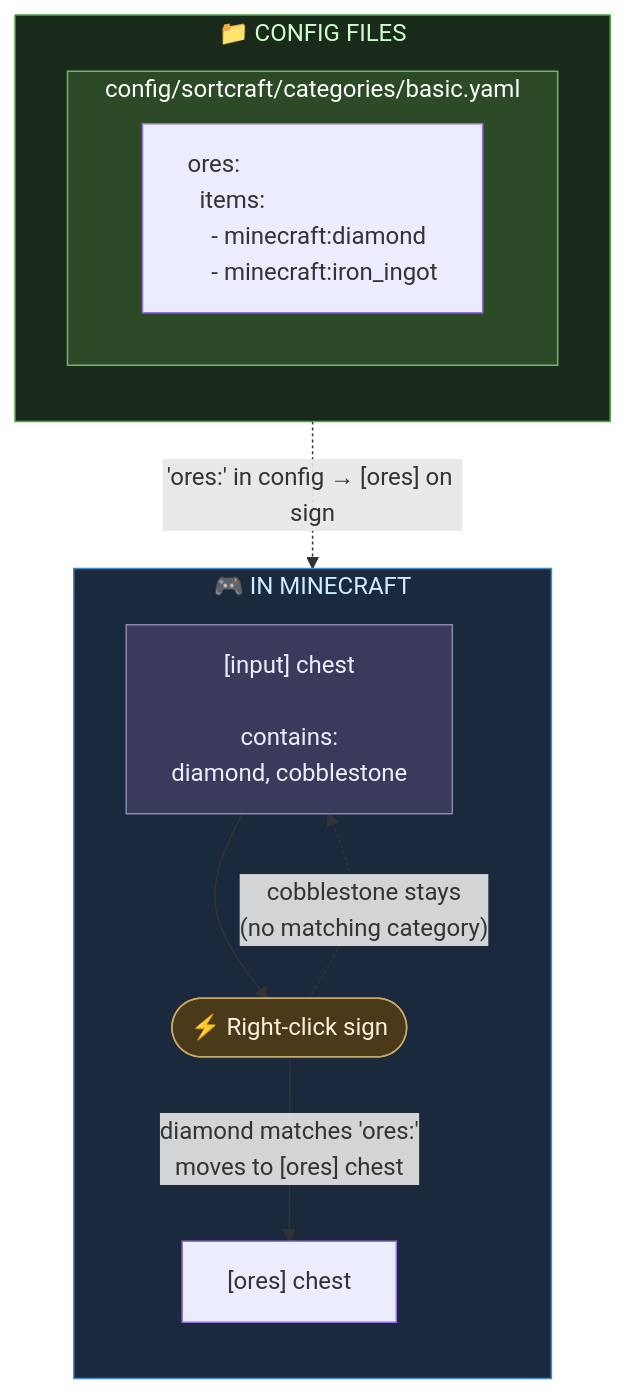
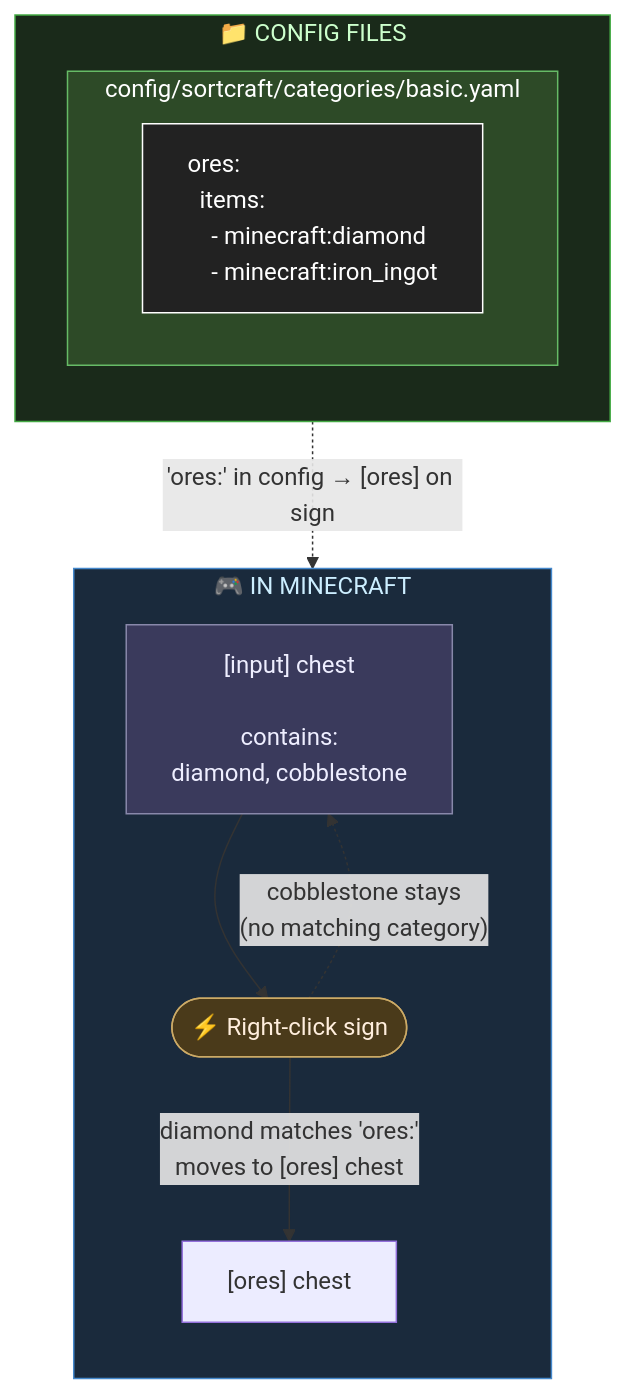
Before and after one commit to Nayruden/sortcraft: the diagram in README.md, drawn with Mermaid. The commit also changed other lines of this file and 1 other file, not shown here.

````diff
--- a/README.md
+++ b/README.md
@@ -16,27 +16,28 @@
 ```mermaid
 flowchart TB
     subgraph FILES["📁 CONFIG FILES"]
         direction TB
         subgraph YAML["config/sortcraft/categories/basic.yaml"]
             C1["<div style='text-align:left'>ores:<br>&nbsp;&nbsp;items:<br>&nbsp;&nbsp;&nbsp;&nbsp;- minecraft:diamond<br>&nbsp;&nbsp;&nbsp;&nbsp;- minecraft:iron_ingot</div>"]
         end
     end
 
     subgraph GAME["🎮 IN MINECRAFT"]
         direction TB
         INPUT["[input] chest<br><br>contains:<br>diamond, cobblestone"]
         CLICK(["⚡ Right-click sign"])
         D1["[ores] chest"]
         INPUT --> CLICK
         CLICK -->|"diamond matches 'ores:'<br>moves to [ores] chest"| D1
         CLICK -.->|"cobblestone stays<br>(no matching category)"| INPUT
     end
 
     FILES -.->|"'ores:' in config → [ores] on sign"| GAME
 
+    style C1 fill:#222,stroke:#fff,color:#fff
     style FILES fill:#1a2a1a,stroke:#4a4,color:#cfc
     style YAML fill:#2d4a27,stroke:#6b6,color:#fff
     style GAME fill:#1a2a3c,stroke:#48c,color:#cef
     style CLICK fill:#4a3a1a,stroke:#ca6,color:#fed
     style INPUT fill:#3a3a5c,stroke:#88a,color:#eef
 ```
````
